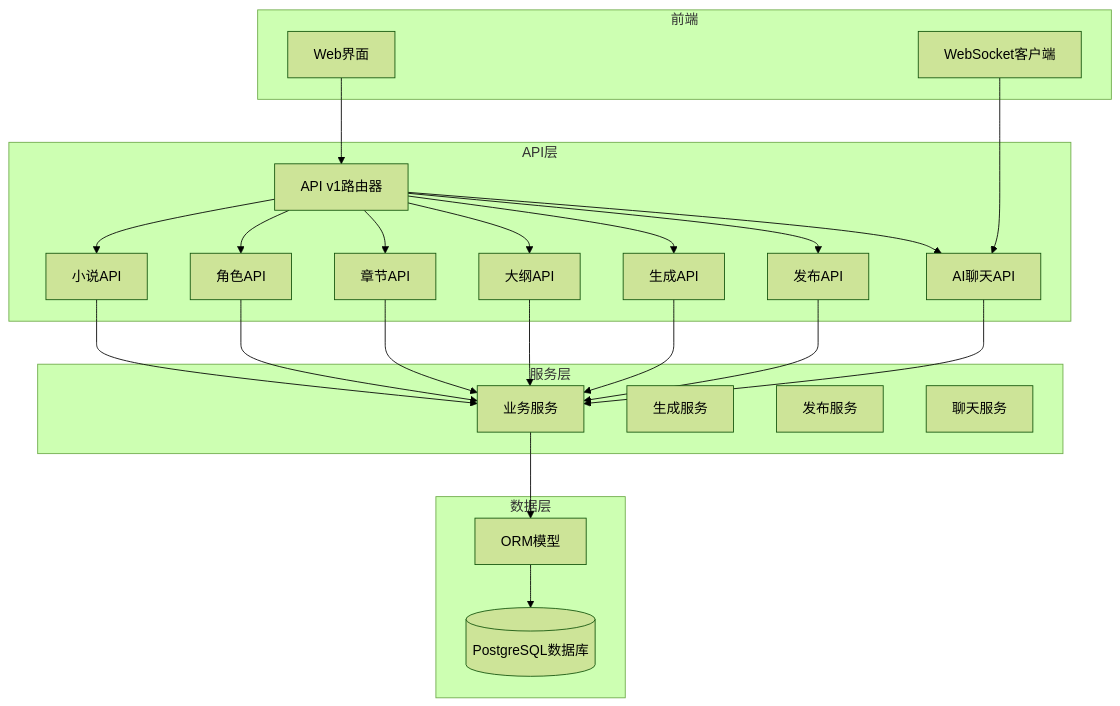
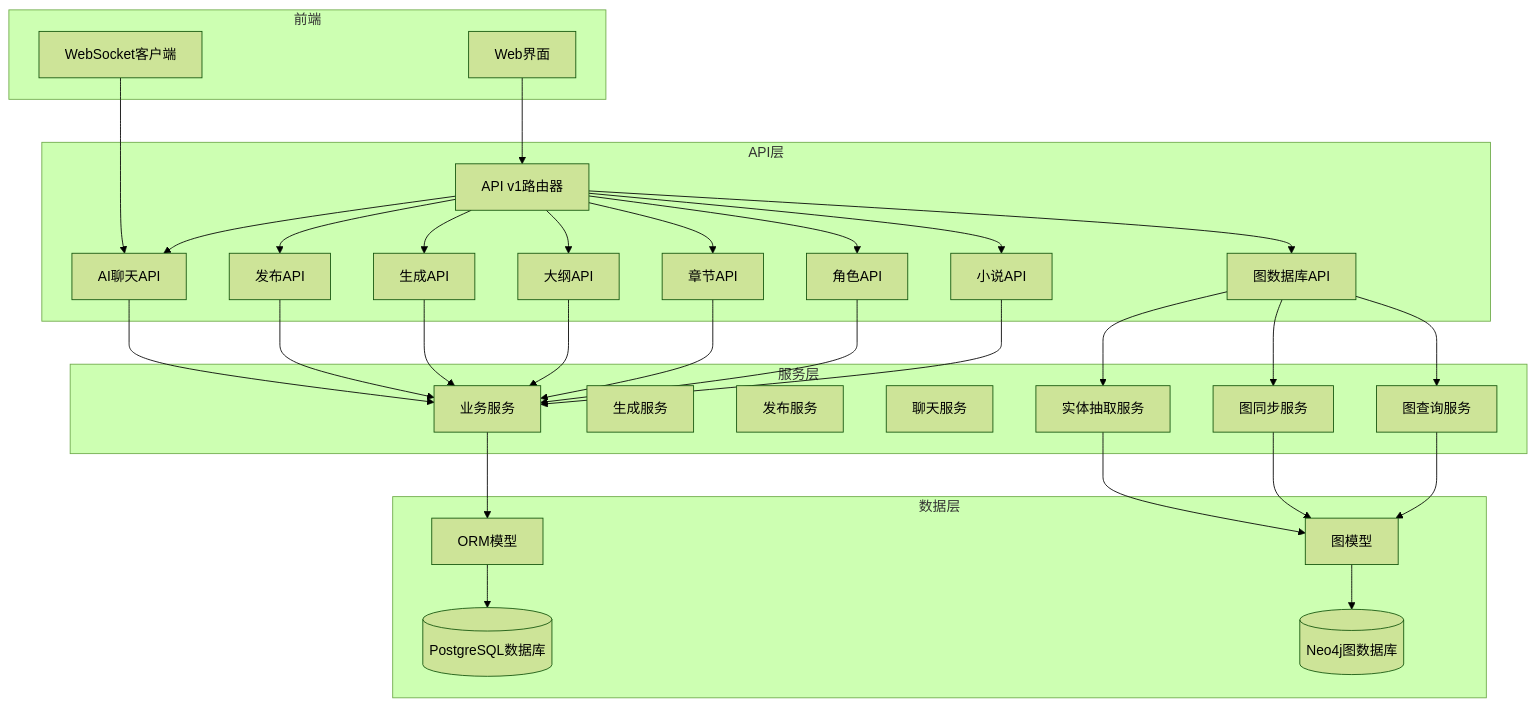
The first of 7 diagrams in .qoder/repowiki/zh/content/API接口文档/API接口文档.md (xfbyxq/ai-novel-system), drawn with Mermaid (forest theme) before and after one commit. The commit also changed other lines of this file and 19 other files, not shown here.

First line of the commit message:
feat(graph): 新增图数据库完整支持与AI聊天集成

````diff
--- a/.qoder/repowiki/zh/content/API接口文档/API接口文档.md
+++ b/.qoder/repowiki/zh/content/API接口文档/API接口文档.md
@@ -43,45 +58,59 @@
 ```mermaid
 graph TB
 subgraph "API层"
 V1[API v1路由器]
 Novels[小说API]
 Characters[角色API]
 Chapters[章节API]
 Outlines[大纲API]
 Generation[生成API]
 Publishing[发布API]
 AIChat[AI聊天API]
+Graph[图数据库API]
 end
 subgraph "服务层"
 Services[业务服务]
 GenService[生成服务]
 PubService[发布服务]
 ChatService[聊天服务]
+GraphQueryService[图查询服务]
+GraphSyncService[图同步服务]
+EntityExtractorService[实体抽取服务]
 end
 subgraph "数据层"
 Models[ORM模型]
+GraphModels[图模型]
 DB[(PostgreSQL数据库)]
+Neo4j[(Neo4j图数据库)]
 end
 subgraph "前端"
 WebUI[Web界面]
 WS[WebSocket客户端]
 end
 V1 --> Novels
 V1 --> Characters
 V1 --> Chapters
 V1 --> Outlines
 V1 --> Generation
 V1 --> Publishing
 V1 --> AIChat
+V1 --> Graph
 Novels --> Services
 Characters --> Services
 Chapters --> Services
 Outlines --> Services
 Generation --> Services
 Publishing --> Services
 AIChat --> Services
+Graph --> GraphQueryService
+Graph --> GraphSyncService
+Graph --> EntityExtractorService
 Services --> Models
+GraphQueryService --> GraphModels
+GraphSyncService --> GraphModels
+EntityExtractorService --> GraphModels
 Models --> DB
+GraphModels --> Neo4j
 WebUI --> V1
 WS --> AIChat
 ```
````
